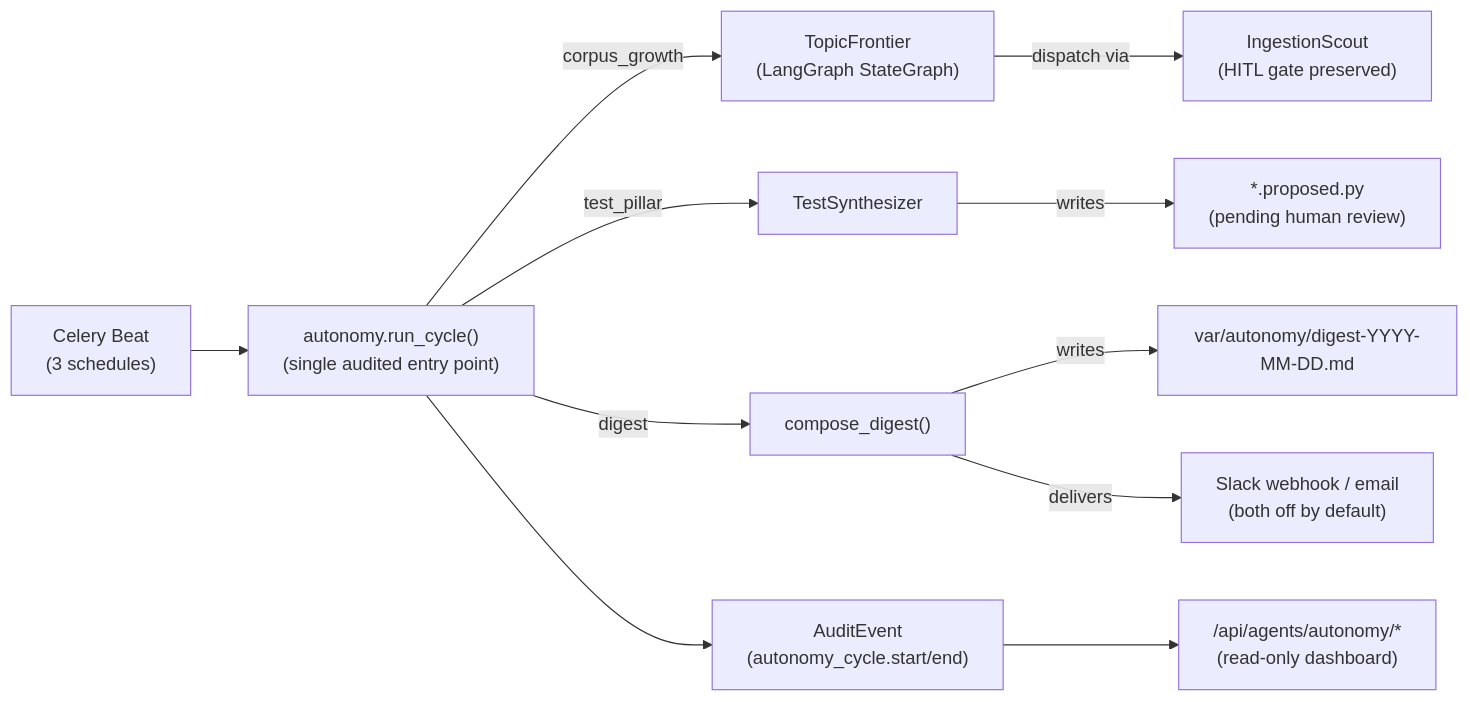
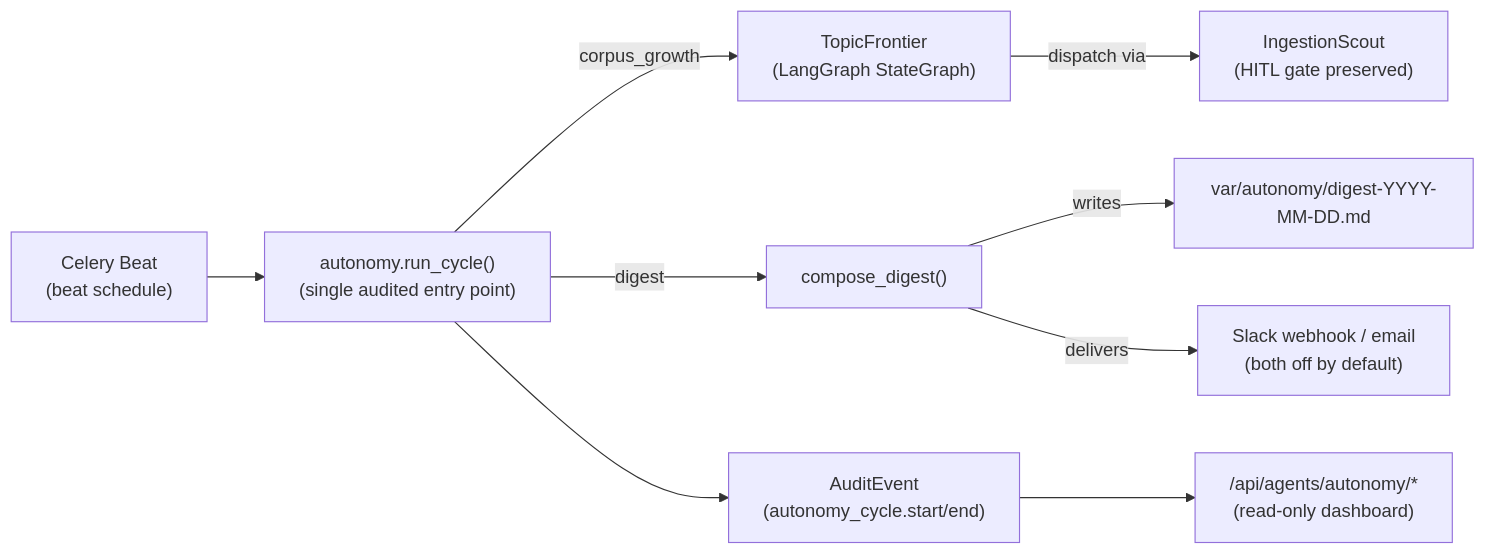
The second of 2 diagrams in docs/architecture.md (bamr87/law-ai), drawn with Mermaid before and after one commit. The commit also changed other lines of this file and 164 other files, not shown here.

First line of the commit message:
refactor: consume the fleet's spec-driven loop by reference; move root docs; retire the test pillar

````diff
--- a/docs/architecture.md
+++ b/docs/architecture.md
@@ -90,13 +90,11 @@
 ```mermaid
 flowchart LR
-  Beat["Celery Beat\n(3 schedules)"] --> Entry["autonomy.run_cycle()\n(single audited entry point)"]
+  Beat["Celery Beat\n(beat schedule)"] --> Entry["autonomy.run_cycle()\n(single audited entry point)"]
   Entry -->|corpus_growth| TF["TopicFrontier\n(LangGraph StateGraph)"]
-  Entry -->|test_pillar| TS["TestSynthesizer"]
   Entry -->|digest| Digest["compose_digest()"]
   TF -->|dispatch via| Scout["IngestionScout\n(HITL gate preserved)"]
-  TS -->|writes| Proposed["*.proposed.py\n(pending human review)"]
   Digest -->|writes| DigestFile["var/autonomy/digest-YYYY-MM-DD.md"]
   Digest -->|delivers| Channels["Slack webhook / email\n(both off by default)"]
   Entry --> Provenance["AuditEvent\n(autonomy_cycle.start/end)"]
   Provenance --> Panels["/api/agents/autonomy/*\n(read-only dashboard)"]
 ```
````
